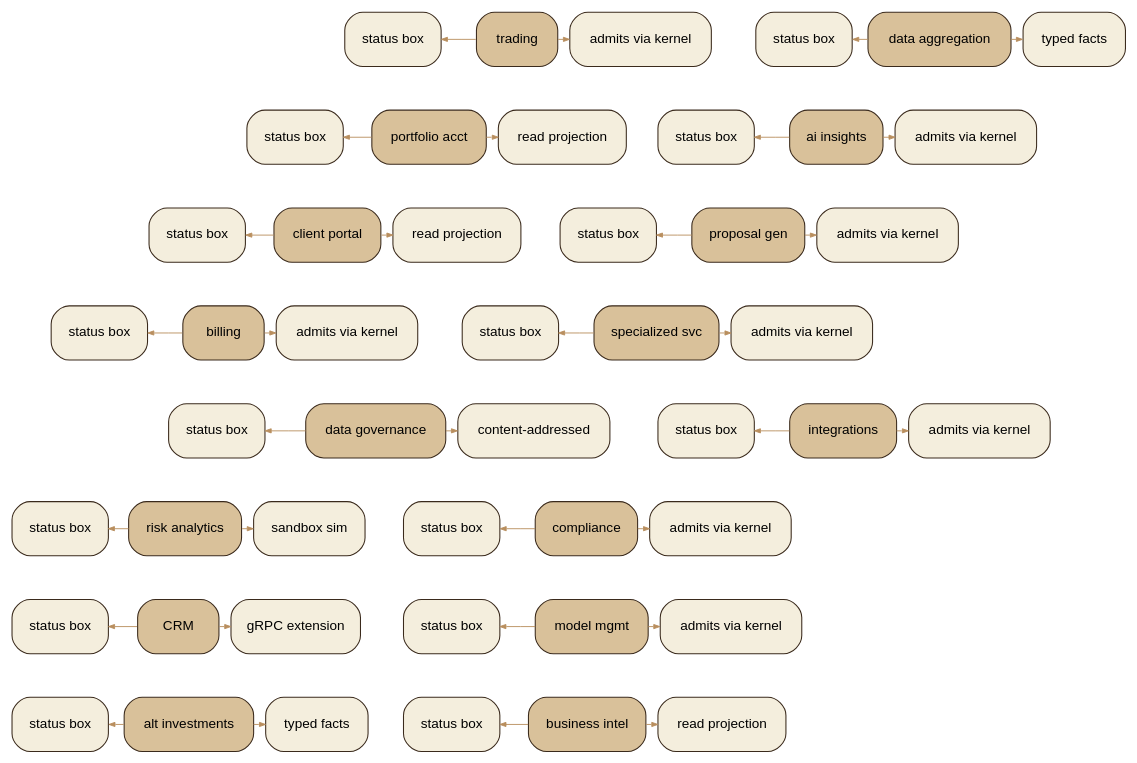
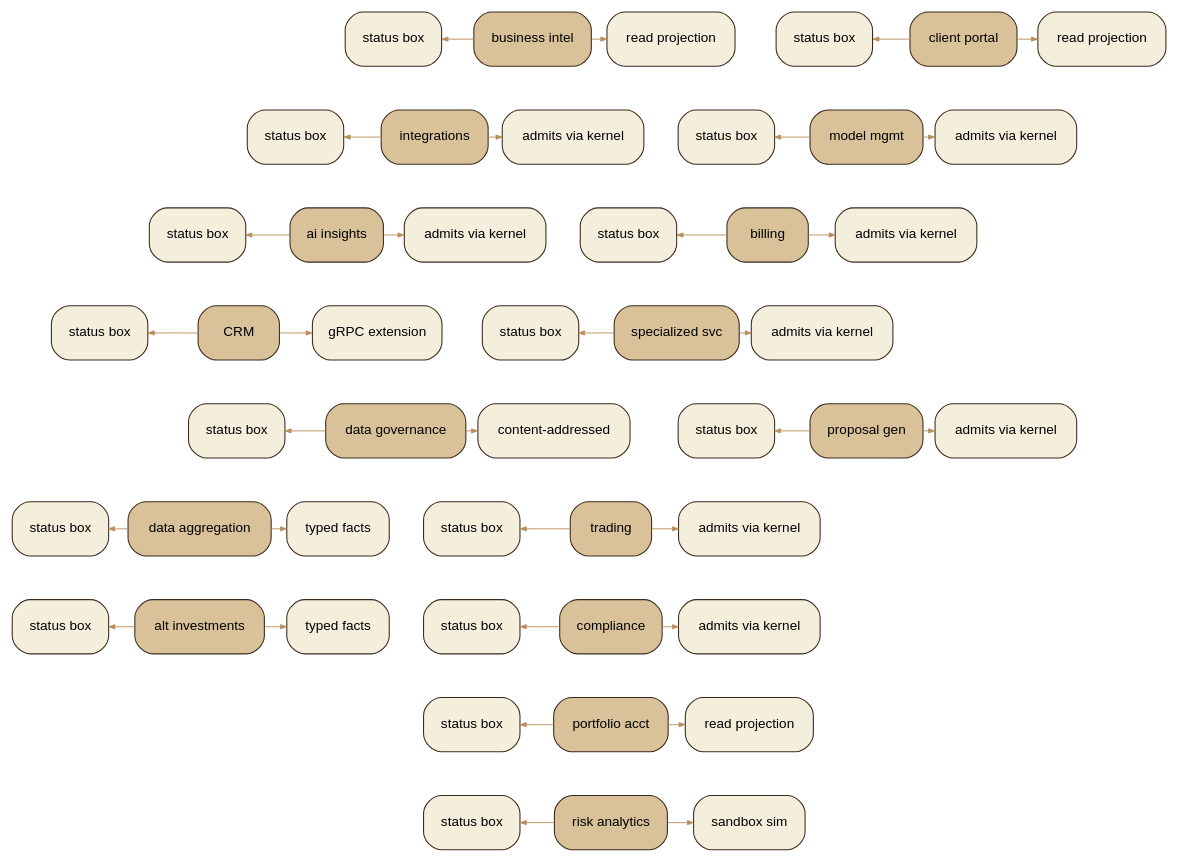
One commit to fastverk/spec changed the diagram in graph/figures/collapse_before.dot. Above: the diagram before and after it, drawn with Graphviz. The commit also changed 11 other files, not shown here.

First line of the commit message:
Make the build green, and fix the two authoring gates that were silently detecting nothing (#20)

```diff
--- a/graph/figures/collapse_before.dot
+++ b/graph/figures/collapse_before.dot
@@ -1,40 +1,48 @@
 // collapse_before.dot — the rough corpus G0 as a "claim gas" (high temperature).
 //
 // Sixteen component specs, each carrying its OWN duplicated copy of the same
 // boilerplate (the admission sentence, the status box, a private kernel
 // reference). The redundancy R is visible as repeated, unshared satellite
 // nodes; there is no shared center. Force-directed (sfdp) so the duplication
 // reads as scatter.
 //
 // Pair: collapse_after.dot is the crystallized form. Rendered by
 // //graph:collapse_before_svg.
 digraph claim_gas {
   layout = sfdp;
-  overlap = prism;
+  // `overlap = prism` (the previous setting) makes this graph's sfdp layout
+  // emit `nan nan` for spec15 and NaN control points for both of its edges —
+  // i.e. one of the sixteen duplicated specs silently vanishes, which is the
+  // one thing this figure exists to count. `voronoi` and `false` do the same;
+  // `scale` and `true` do not. `scale` removes overlap by uniform expansion,
+  // so the force-directed scatter this figure wants is preserved exactly.
+  // //graph:plain_to_tikz now also refuses to emit a non-finite node, so a
+  // regression here fails the build instead of dropping a node.
+  overlap = scale;
   splines = false;
   bgcolor = "transparent";
   K = 0.7;
   node [shape=box, style="rounded,filled", fontname="Helvetica",
         fontsize=9, color="#3A2A1C", penwidth=0.7];
   edge [color="#B98E5E", penwidth=0.6, arrowsize=0.4];
 
   // Each spec is a 3-node clump: spec -> its own "admits via kernel" copy and
   // its own "status box" copy. The kernel reference is duplicated 16×.
   // Macro-by-hand: 16 near-identical subgraphs.
   spec01 [label="trading", fillcolor="#D9C19A"];      a01 [label="admits via kernel", fillcolor="#F4EEDD"]; s01 [label="status box", fillcolor="#F4EEDD"]; spec01 -> a01; spec01 -> s01;
   spec02 [label="billing", fillcolor="#D9C19A"];       a02 [label="admits via kernel", fillcolor="#F4EEDD"]; s02 [label="status box", fillcolor="#F4EEDD"]; spec02 -> a02; spec02 -> s02;
   spec03 [label="compliance", fillcolor="#D9C19A"];    a03 [label="admits via kernel", fillcolor="#F4EEDD"]; s03 [label="status box", fillcolor="#F4EEDD"]; spec03 -> a03; spec03 -> s03;
   spec04 [label="proposal gen", fillcolor="#D9C19A"];  a04 [label="admits via kernel", fillcolor="#F4EEDD"]; s04 [label="status box", fillcolor="#F4EEDD"]; spec04 -> a04; spec04 -> s04;
   spec05 [label="model mgmt", fillcolor="#D9C19A"];    a05 [label="admits via kernel", fillcolor="#F4EEDD"]; s05 [label="status box", fillcolor="#F4EEDD"]; spec05 -> a05; spec05 -> s05;
   spec06 [label="integrations", fillcolor="#D9C19A"];  a06 [label="admits via kernel", fillcolor="#F4EEDD"]; s06 [label="status box", fillcolor="#F4EEDD"]; spec06 -> a06; spec06 -> s06;
   spec07 [label="ai insights", fillcolor="#D9C19A"];   a07 [label="admits via kernel", fillcolor="#F4EEDD"]; s07 [label="status box", fillcolor="#F4EEDD"]; spec07 -> a07; spec07 -> s07;
   spec08 [label="risk analytics", fillcolor="#D9C19A"];a08 [label="sandbox sim", fillcolor="#F4EEDD"];      s08 [label="status box", fillcolor="#F4EEDD"]; spec08 -> a08; spec08 -> s08;
   spec09 [label="portfolio acct", fillcolor="#D9C19A"];a09 [label="read projection", fillcolor="#F4EEDD"];  s09 [label="status box", fillcolor="#F4EEDD"]; spec09 -> a09; spec09 -> s09;
   spec10 [label="client portal", fillcolor="#D9C19A"]; a10 [label="read projection", fillcolor="#F4EEDD"];  s10 [label="status box", fillcolor="#F4EEDD"]; spec10 -> a10; spec10 -> s10;
   spec11 [label="business intel", fillcolor="#D9C19A"];a11 [label="read projection", fillcolor="#F4EEDD"];  s11 [label="status box", fillcolor="#F4EEDD"]; spec11 -> a11; spec11 -> s11;
   spec12 [label="CRM", fillcolor="#D9C19A"];           a12 [label="gRPC extension", fillcolor="#F4EEDD"];   s12 [label="status box", fillcolor="#F4EEDD"]; spec12 -> a12; spec12 -> s12;
   spec13 [label="data aggregation",fillcolor="#D9C19A"];a13 [label="typed facts", fillcolor="#F4EEDD"];     s13 [label="status box", fillcolor="#F4EEDD"]; spec13 -> a13; spec13 -> s13;
   spec14 [label="alt investments", fillcolor="#D9C19A"];a14 [label="typed facts", fillcolor="#F4EEDD"];     s14 [label="status box", fillcolor="#F4EEDD"]; spec14 -> a14; spec14 -> s14;
   spec15 [label="data governance", fillcolor="#D9C19A"];a15 [label="content-addressed", fillcolor="#F4EEDD"];s15 [label="status box", fillcolor="#F4EEDD"]; spec15 -> a15; spec15 -> s15;
   spec16 [label="specialized svc", fillcolor="#D9C19A"];a16 [label="admits via kernel", fillcolor="#F4EEDD"];s16 [label="status box", fillcolor="#F4EEDD"]; spec16 -> a16; spec16 -> s16;
 }
```
